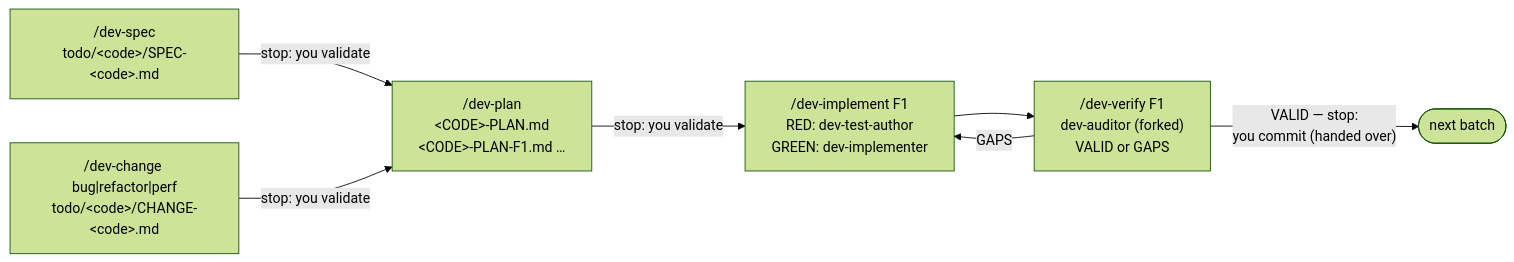
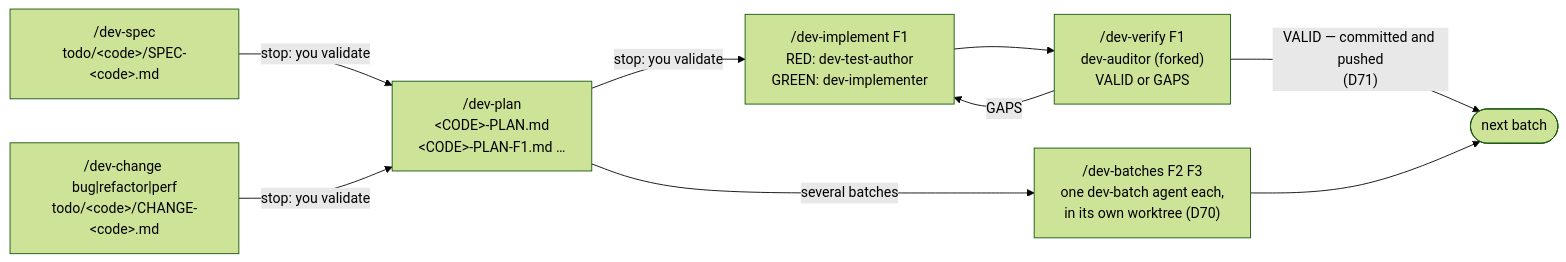
The fifth of 6 diagrams in docs/profiles-design.md (Orkeon/orkeon-workshop), drawn with Mermaid (forest theme) before and after one commit. The commit also changed other lines of this file and 168 other files, not shown here.

First line of the commit message:
Lot 14: batches in independent agents (D70), commit and push by the harness (D71), and the workshop migrated to Orkeon main ad6dc63

````diff
--- a/docs/profiles-design.md
+++ b/docs/profiles-design.md
@@ -340,9 +345,11 @@
 ```mermaid
 flowchart LR
     s["/dev-spec<br/>todo/&lt;code&gt;/SPEC-&lt;code&gt;.md"] -->|"stop: you validate"| p["/dev-plan<br/>&lt;CODE&gt;-PLAN.md<br/>&lt;CODE&gt;-PLAN-F1.md …"]
     c["/dev-change bug|refactor|perf<br/>todo/&lt;code&gt;/CHANGE-&lt;code&gt;.md"] -->|"stop: you validate"| p
     p -->|"stop: you validate"| b["/dev-implement F1<br/>RED: dev-test-author<br/>GREEN: dev-implementer"]
     b --> v["/dev-verify F1<br/>dev-auditor (forked)<br/>VALID or GAPS"]
     v -->|GAPS| b
-    v -->|"VALID — stop:<br/>you commit (handed over)"| n(["next batch"])
+    v -->|"VALID — committed and pushed<br/>(D71)"| n(["next batch"])
+    p -->|"several batches"| bb["/dev-batches F2 F3<br/>one dev-batch agent each,<br/>in its own worktree (D70)"]
+    bb --> n
 ```
````
